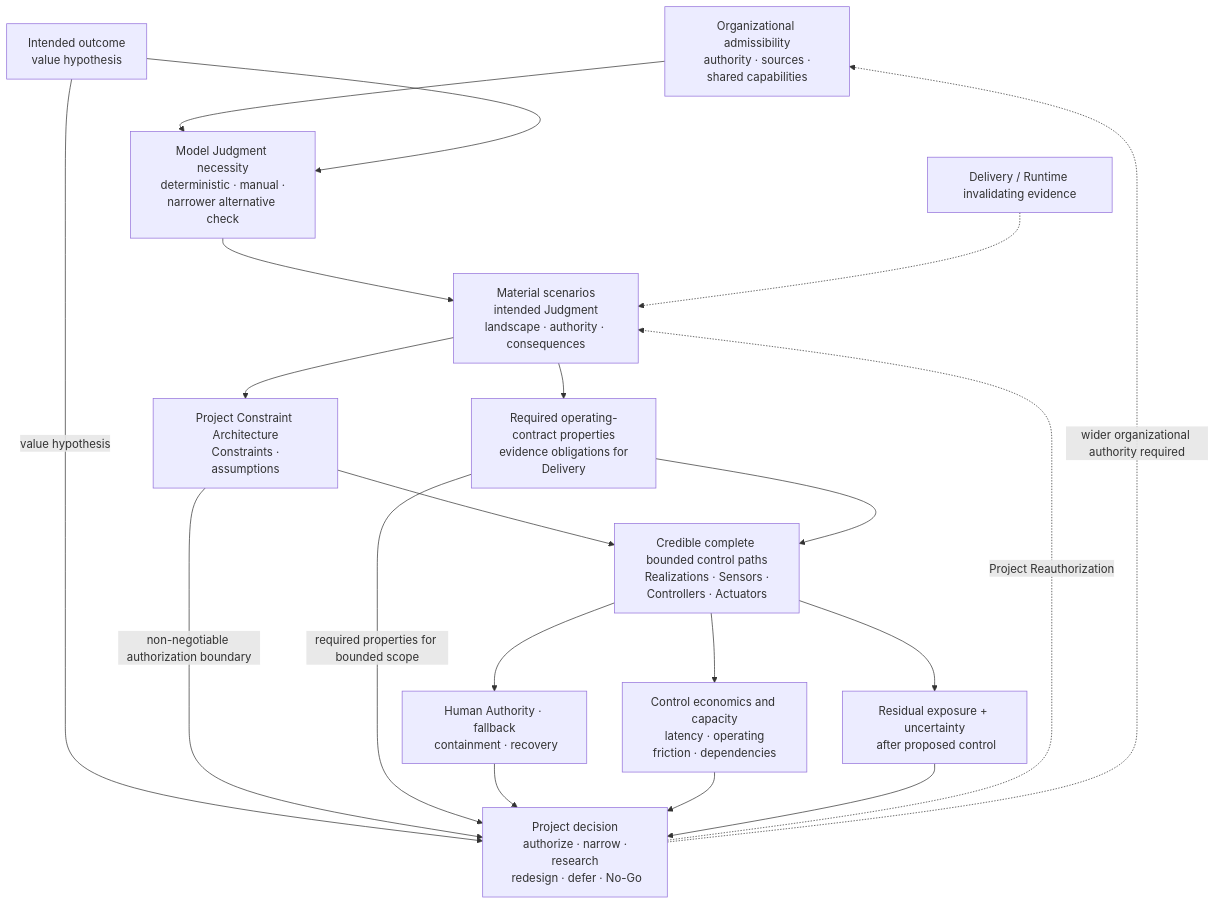
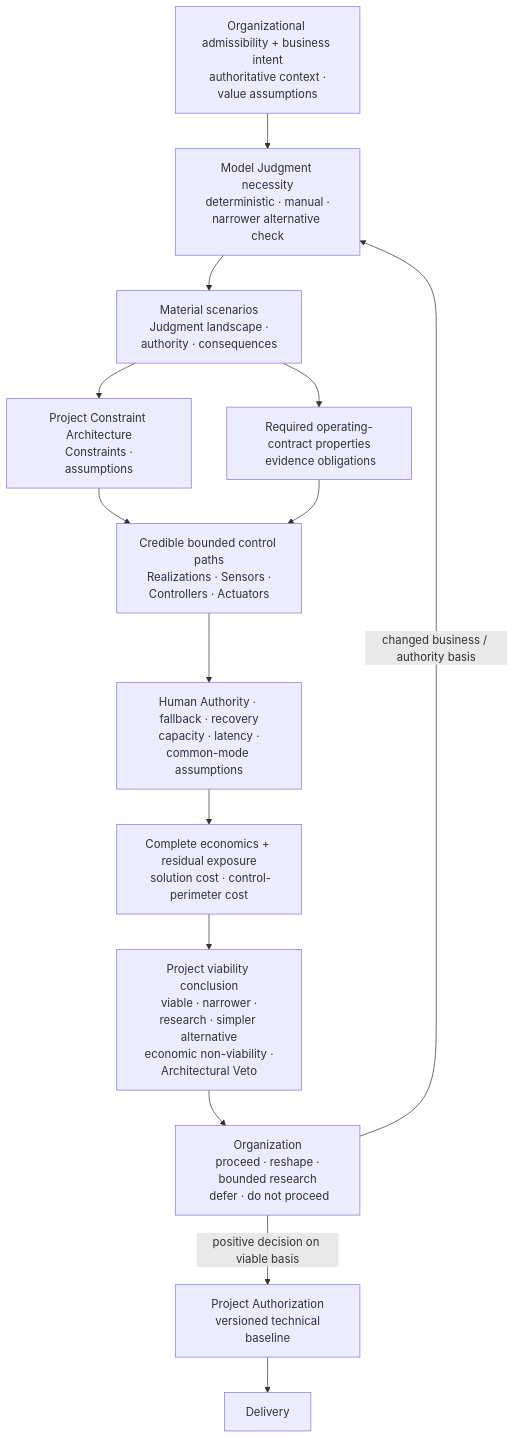
Before and after one commit to UncertaintyArchitectureGroup/uncertainty-architecture: diagram 11 of 15 in content/research/notes/open-engineering-specification-article-draft.md, drawn with Mermaid. The commit also changed other lines of this file, not shown here.

Commit message:
docs(article): rewrite section 4 decision ownership model

````diff
--- a/content/research/notes/open-engineering-specification-article-draft.md
+++ b/content/research/notes/open-engineering-specification-article-draft.md
@@ -664,28 +685,23 @@
 ```mermaid
 flowchart TB
-    ORG["Organizational admissibility<br/> authority · sources · shared capabilities"]
-    OUT["Intended outcome<br/> value hypothesis"]
+    ORG["Organizational admissibility + business intent<br/> authoritative context · value assumptions"]
     NEED["Model Judgment necessity<br/> deterministic · manual · narrower alternative check"]
-    RISK["Material scenarios<br/> intended Judgment landscape · authority · consequences"]
+    RISK["Material scenarios<br/> Judgment landscape · authority · consequences"]
     K["Project Constraint Architecture<br/> Constraints · assumptions"]
-    PROP["Required operating-contract properties<br/> evidence obligations for Delivery"]
-    PATH["Credible complete bounded control paths<br/> Realizations · Sensors · Controllers · Actuators"]
-    HUMAN["Human Authority · fallback<br/> containment · recovery"]
-    ECON["Control economics and capacity<br/> latency · operating friction · dependencies"]
-    RES["Residual exposure + uncertainty<br/> after proposed control"]
-    DEC["Project decision<br/> authorize · narrow · research<br/> redesign · defer · No-Go"]
-    RE["Delivery / Runtime invalidating evidence"]
-    ORG --> NEED
-    OUT --> NEED --> RISK
+    PROP["Required operating-contract properties<br/> evidence obligations"]
+    PATH["Credible bounded control paths<br/> Realizations · Sensors · Controllers · Actuators"]
+    HUMAN["Human Authority · fallback · recovery<br/> capacity · latency · common-mode assumptions"]
+    ECON["Complete economics + residual exposure<br/> solution cost · control-perimeter cost"]
+    V["Project viability conclusion<br/> viable · narrower · research · simpler alternative<br/> economic non-viability · Architectural Veto"]
+    OD["Organization<br/> proceed · reshape · bounded research<br/> defer · do not proceed"]
+    PA["Project Authorization<br/> versioned technical baseline"]
+    D["Delivery"]
+
+    ORG --> NEED --> RISK
     RISK --> K --> PATH
     RISK --> PROP --> PATH
-    OUT -->|value hypothesis| DEC
-    K -->|non-negotiable authorization boundary| DEC
-    PROP -->|required properties for bounded scope| DEC
-    PATH --> HUMAN --> DEC
-    PATH --> ECON --> DEC
-    PATH --> RES --> DEC
-    RE -.-> RISK
-    DEC -. Project Reauthorization .-> RISK
-    DEC -.->|wider organizational authority required| ORG
+    PATH --> HUMAN --> ECON --> V
+    V --> OD
+    OD -->|changed business / authority basis| NEED
+    OD -->|positive decision on viable basis| PA --> D
 ```
````
